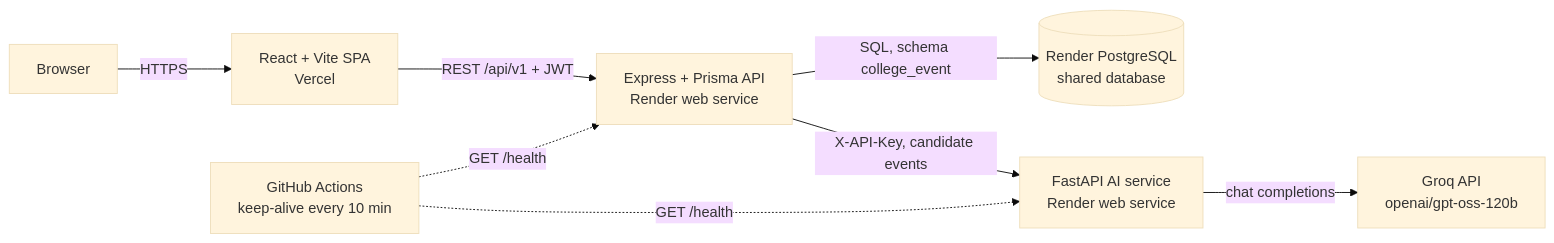
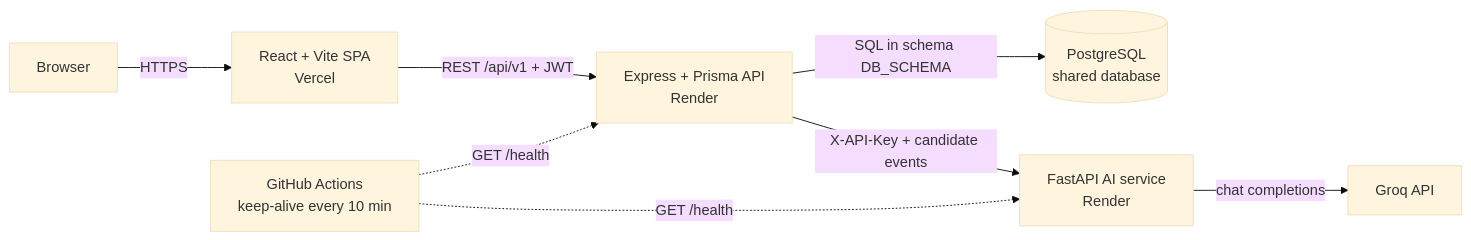
Before and after one commit to HarshBathija-04/College-event: the diagram in README.md, drawn with Mermaid (base theme). The commit also changed other lines of this file, not shown here.

````diff
--- a/README.md
+++ b/README.md
@@ -43,10 +48,10 @@
 ```mermaid
 flowchart LR
   U[Browser] -->|HTTPS| FE[React + Vite SPA<br/>Vercel]
-  FE -->|REST /api/v1 + JWT| API[Express + Prisma API<br/>Render web service]
-  API -->|SQL, schema college_event| DB[(Render PostgreSQL<br/>shared database)]
-  API -->|X-API-Key, candidate events| AI[FastAPI AI service<br/>Render web service]
-  AI -->|chat completions| GROQ[Groq API<br/>openai/gpt-oss-120b]
+  FE -->|REST /api/v1 + JWT| API[Express + Prisma API<br/>Render]
+  API -->|SQL in schema DB_SCHEMA| DB[(PostgreSQL<br/>shared database)]
+  API -->|X-API-Key + candidate events| AI[FastAPI AI service<br/>Render]
+  AI -->|chat completions| GROQ[Groq API]
   GH[GitHub Actions<br/>keep-alive every 10 min] -.->|GET /health| API
   GH -.->|GET /health| AI
 ```
````
